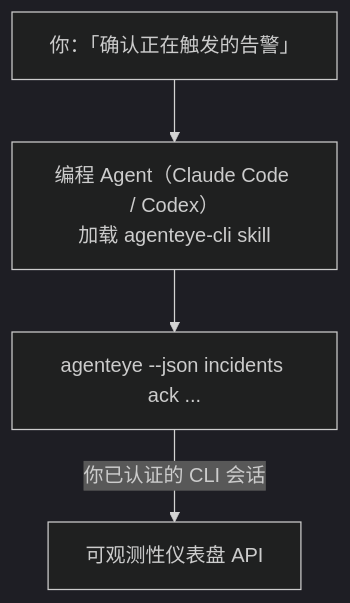
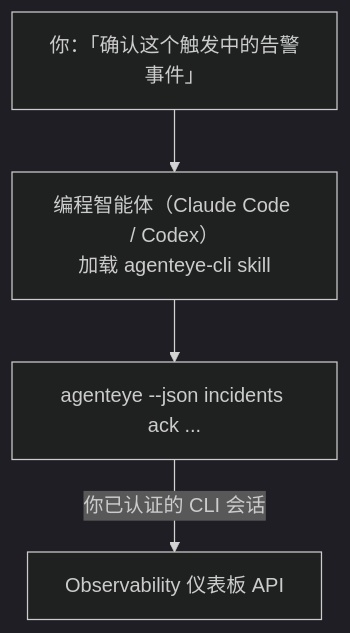
One commit to FailproofAI/failproofai changed the diagram in docs/zh/agenteye/cli-skill.mdx. Above: the diagram before and after it, drawn with Mermaid (dark theme). The commit also changed other lines of this file and 677 other files, not shown here.

````diff
--- a/docs/zh/agenteye/cli-skill.mdx
+++ b/docs/zh/agenteye/cli-skill.mdx
@@ -28,6 +28,6 @@
 ```mermaid
 flowchart TD
-    YOU["你：「确认正在触发的告警」"] --> AGENT["编程 Agent（Claude Code / Codex）<br/>加载 agenteye-cli skill"]
+    YOU["你：「确认这个触发中的告警事件」"] --> AGENT["编程智能体（Claude Code / Codex）<br/>加载 agenteye-cli skill"]
     AGENT --> CLI["agenteye --json incidents ack ..."]
-    CLI -->|你已认证的 CLI 会话| API["可观测性仪表盘 API"]
+    CLI -->|你已认证的 CLI 会话| API["Observability 仪表板 API"]
 ```
````
